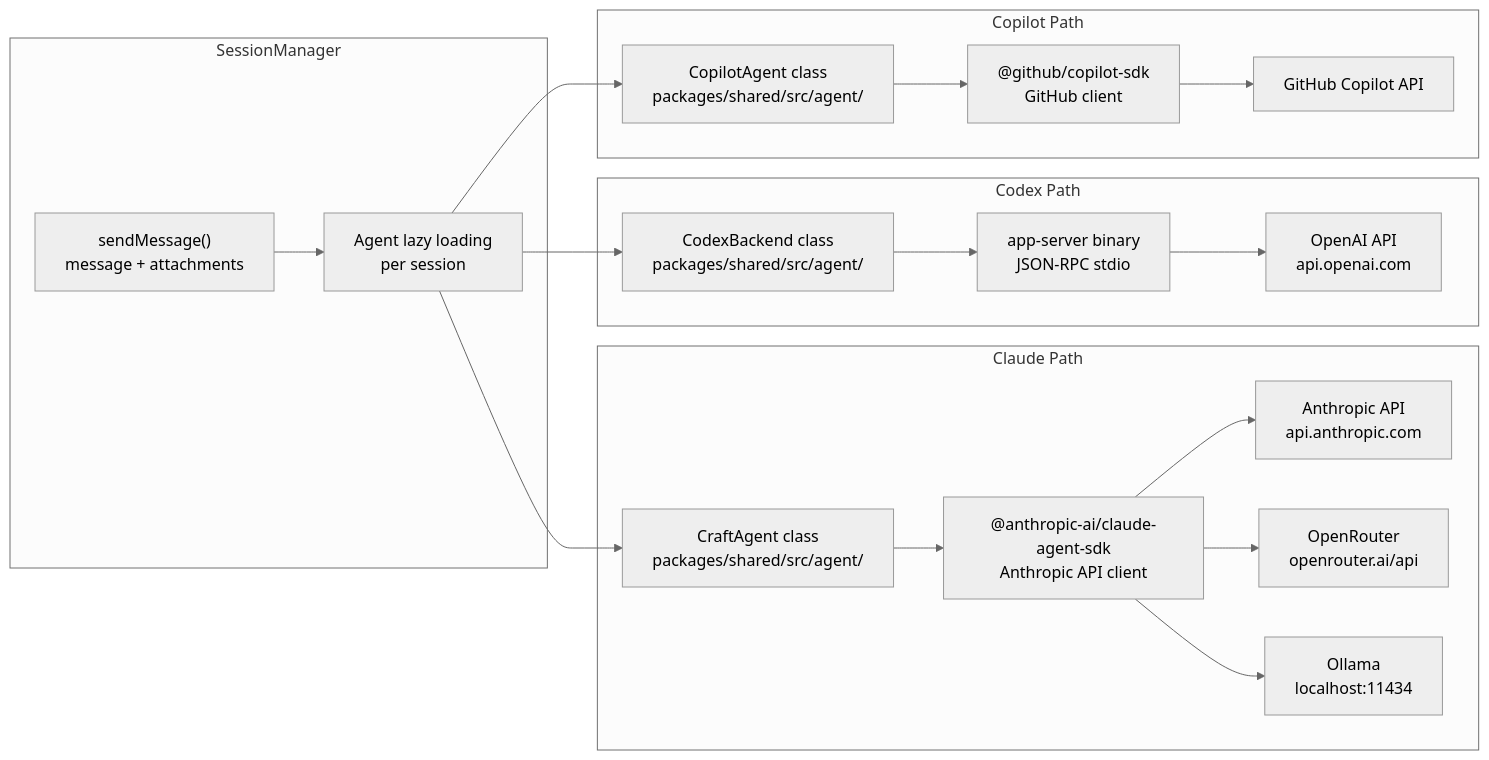
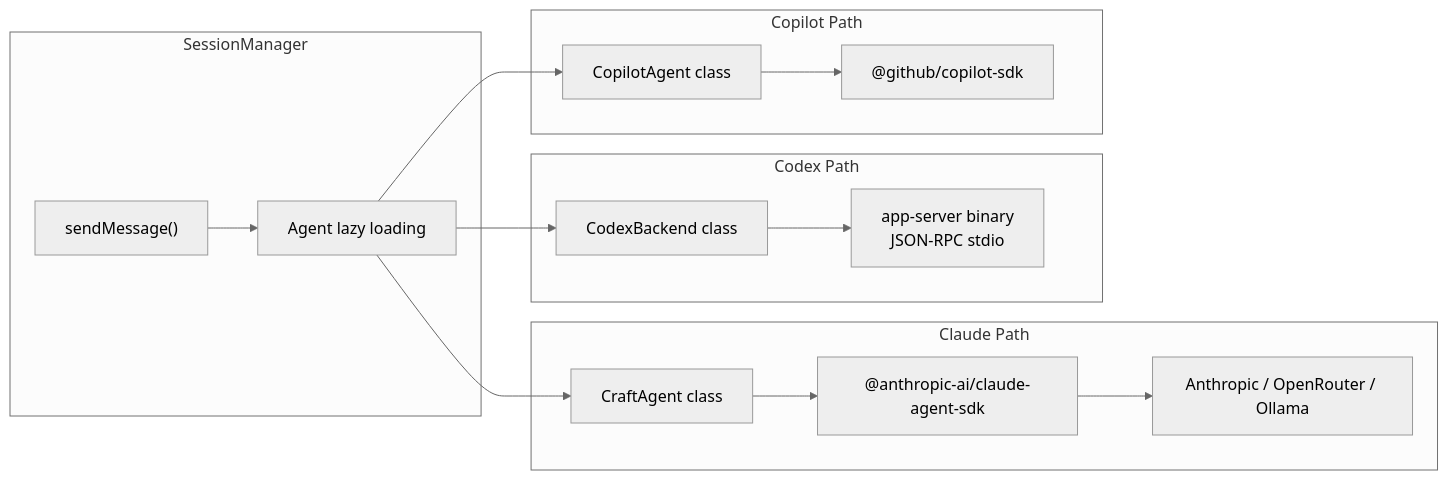
Before and after one commit to blackcater/zentree: the third of 4 diagrams in docs/lukilabs_craft-agents-oss/architecture/index.md, drawn with Mermaid (neutral theme). The commit also changed other lines of this file and 232 other files, not shown here.

````diff
--- a/docs/lukilabs_craft-agents-oss/architecture/index.md
+++ b/docs/lukilabs_craft-agents-oss/architecture/index.md
@@ -241,43 +241,35 @@
 ```mermaid
 graph LR
     subgraph SessionManager["SessionManager"]
-        SendMessage["sendMessage()<br/>message + attachments"]
-        AgentLoader["Agent lazy loading<br/>per session"]
+        SendMessage["sendMessage()"]
+        AgentLoader["Agent lazy loading"]
     end
-
+    
     subgraph ClaudePath["Claude Path"]
-        CraftAgentClass["CraftAgent class<br/>packages/shared/src/agent/"]
-        ClaudeSDK["@anthropic-ai/claude-agent-sdk<br/>Anthropic API client"]
-        AnthropicAPI["Anthropic API<br/>api.anthropic.com"]
-        OpenRouter["OpenRouter<br/>openrouter.ai/api"]
-        Ollama["Ollama<br/>localhost:11434"]
-
+        CraftAgentClass["CraftAgent class"]
+        ClaudeSDK["@anthropic-ai/claude-agent-sdk"]
+        AnthropicAPI["Anthropic / OpenRouter / Ollama"]
+        
         CraftAgentClass --> ClaudeSDK
         ClaudeSDK --> AnthropicAPI
-        ClaudeSDK --> OpenRouter
-        ClaudeSDK --> Ollama
     end
-
+    
     subgraph CodexPath["Codex Path"]
-        CodexBackendClass["CodexBackend class<br/>packages/shared/src/agent/"]
+        CodexBackendClass["CodexBackend class"]
         AppServer["app-server binary<br/>JSON-RPC stdio"]
-        OpenAIAPI["OpenAI API<br/>api.openai.com"]
-
+        
         CodexBackendClass --> AppServer
-        AppServer --> OpenAIAPI
     end
-
+    
     subgraph CopilotPath["Copilot Path"]
-        CopilotAgentClass["CopilotAgent class<br/>packages/shared/src/agent/"]
-        CopilotSDK["@github/copilot-sdk<br/>GitHub client"]
-        GitHubAPI["GitHub Copilot API"]
-
+        CopilotAgentClass["CopilotAgent class"]
+        CopilotSDK["@github/copilot-sdk"]
+        
         CopilotAgentClass --> CopilotSDK
-        CopilotSDK --> GitHubAPI
     end
-
+    
     SendMessage --> AgentLoader
     AgentLoader --> CraftAgentClass
     AgentLoader --> CodexBackendClass
     AgentLoader --> CopilotAgentClass
 ```
````
